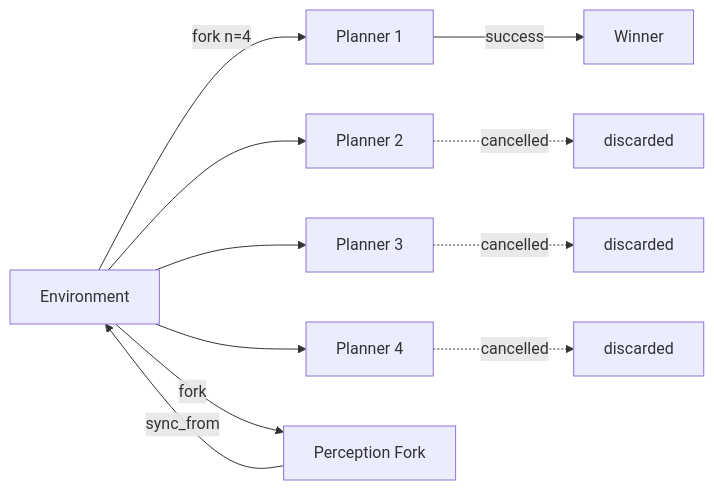
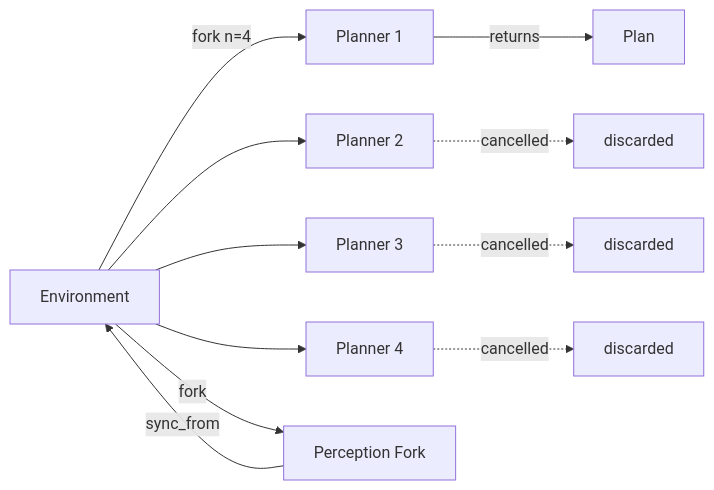
Before and after one commit to personalrobotics/mj_environment: the first of 2 diagrams in README.md, drawn with Mermaid.

Commit message:
Update diagram: planner returns Plan

````diff
--- a/README.md
+++ b/README.md
@@ -51,13 +51,13 @@
 ```mermaid
 graph LR
     E[Environment] -->|fork n=4| P1[Planner 1]
     E --> P2[Planner 2]
     E --> P3[Planner 3]
     E --> P4[Planner 4]
-    P1 -->|success| W[Winner]
+    P1 -->|returns| W[Plan]
     P2 -.->|cancelled| X1[discarded]
     P3 -.->|cancelled| X2[discarded]
     P4 -.->|cancelled| X3[discarded]
     E -->|fork| R[Perception Fork]
     R -->|sync_from| E
 ```
````
